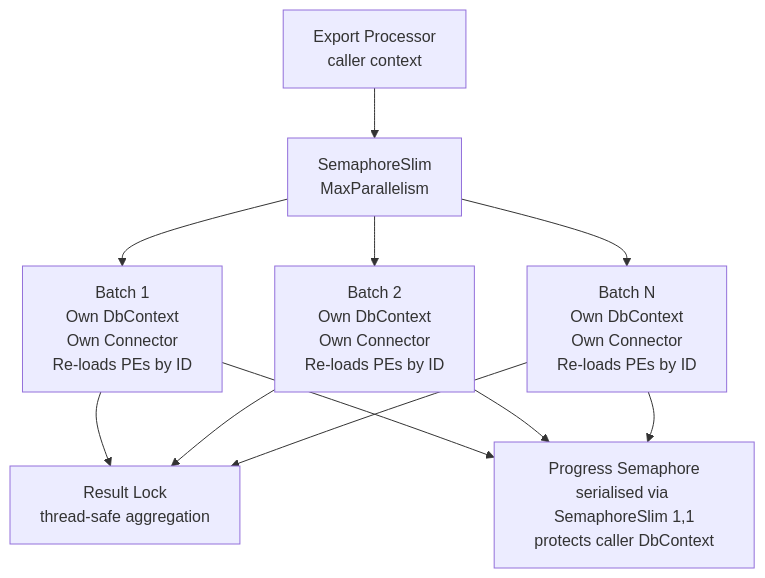
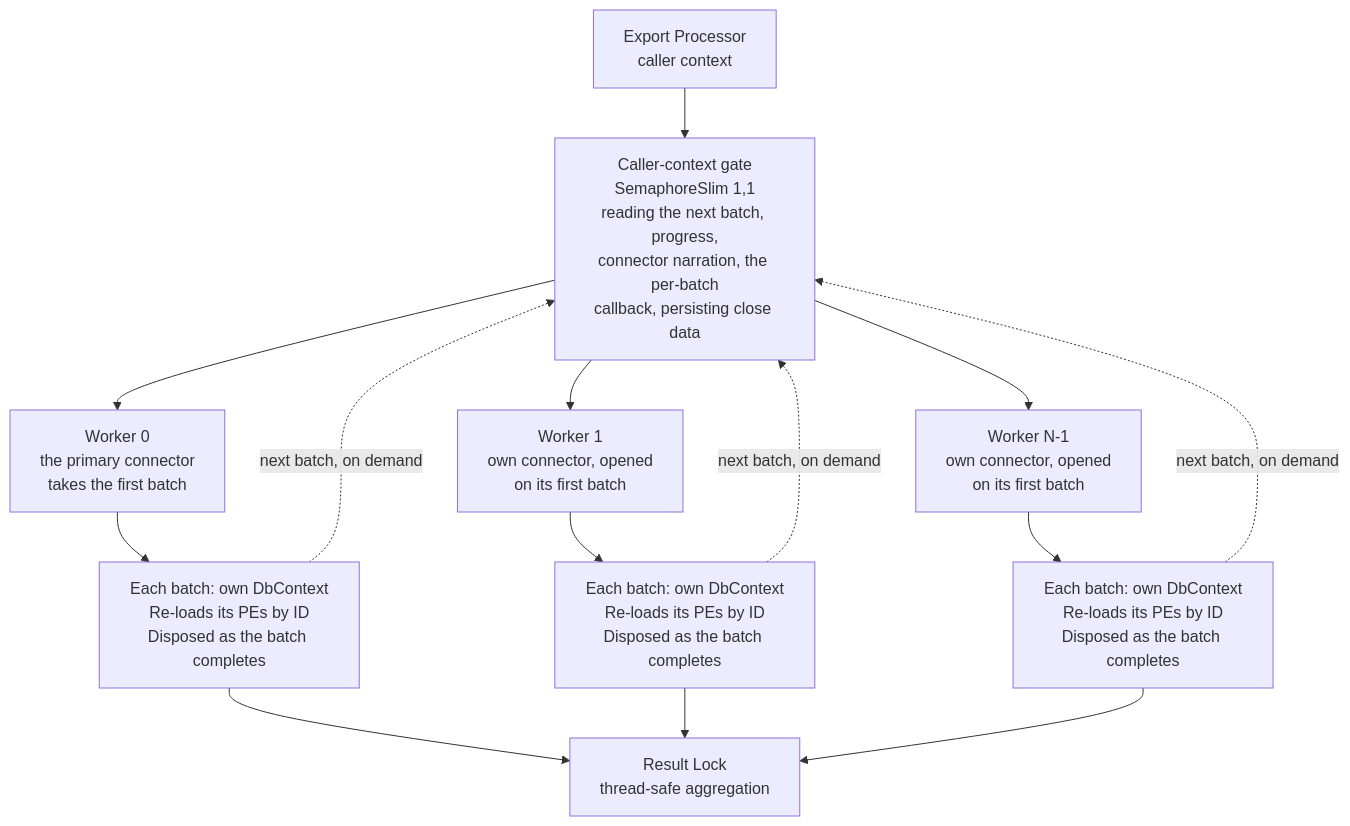
The fifth of 5 diagrams in engineering/developer/diagrams/EXPORT_EXECUTION_FLOW.md (TetronIO/JIM), drawn with Mermaid before and after one commit. The commit also changed other lines of this file and 61 other files, not shown here.

````diff
--- a/engineering/developer/diagrams/EXPORT_EXECUTION_FLOW.md
+++ b/engineering/developer/diagrams/EXPORT_EXECUTION_FLOW.md
@@ -171,16 +176,20 @@
 ```mermaid
 flowchart TD
-    Caller[Export Processor<br/>caller context] --> Semaphore[SemaphoreSlim<br/>MaxParallelism]
+    Caller[Export Processor<br/>caller context] --> Gate[Caller-context gate<br/>SemaphoreSlim 1,1<br/>reading the next batch, progress,<br/>connector narration, the per-batch<br/>callback, persisting close data]
 
-    Semaphore --> B1[Batch 1<br/>Own DbContext<br/>Own Connector<br/>Re-loads PEs by ID]
-    Semaphore --> B2[Batch 2<br/>Own DbContext<br/>Own Connector<br/>Re-loads PEs by ID]
-    Semaphore --> B3[Batch N<br/>Own DbContext<br/>Own Connector<br/>Re-loads PEs by ID]
+    Gate --> W1[Worker 0<br/>the primary connector<br/>takes the first batch]
+    Gate --> W2[Worker 1<br/>own connector, opened<br/>on its first batch]
+    Gate --> W3[Worker N-1<br/>own connector, opened<br/>on its first batch]
+
+    W1 --> B1[Each batch: own DbContext<br/>Re-loads its PEs by ID<br/>Disposed as the batch completes]
+    W2 --> B2[Each batch: own DbContext<br/>Re-loads its PEs by ID<br/>Disposed as the batch completes]
+    W3 --> B3[Each batch: own DbContext<br/>Re-loads its PEs by ID<br/>Disposed as the batch completes]
 
     B1 --> ResultLock[Result Lock<br/>thread-safe aggregation]
     B2 --> ResultLock
     B3 --> ResultLock
 
-    B1 --> ProgressSem[Progress Semaphore<br/>serialised via SemaphoreSlim 1,1<br/>protects caller DbContext]
-    B2 --> ProgressSem
-    B3 --> ProgressSem
+    B1 -.->|next batch, on demand| Gate
+    B2 -.->|next batch, on demand| Gate
+    B3 -.->|next batch, on demand| Gate
 ```
````
